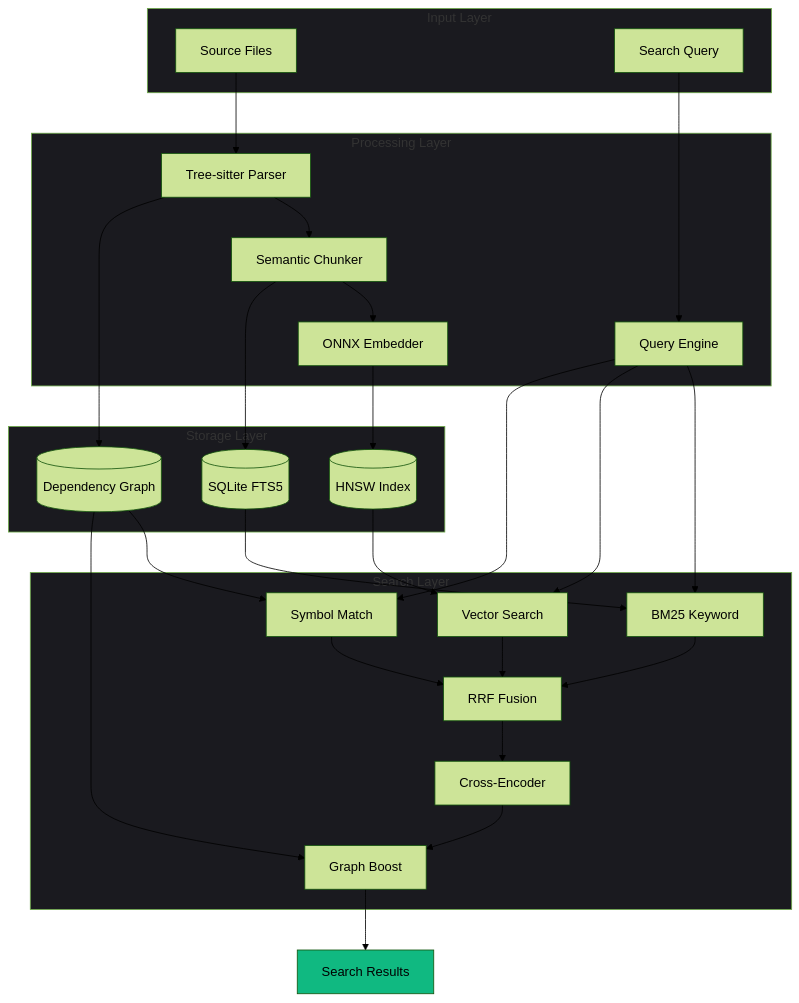
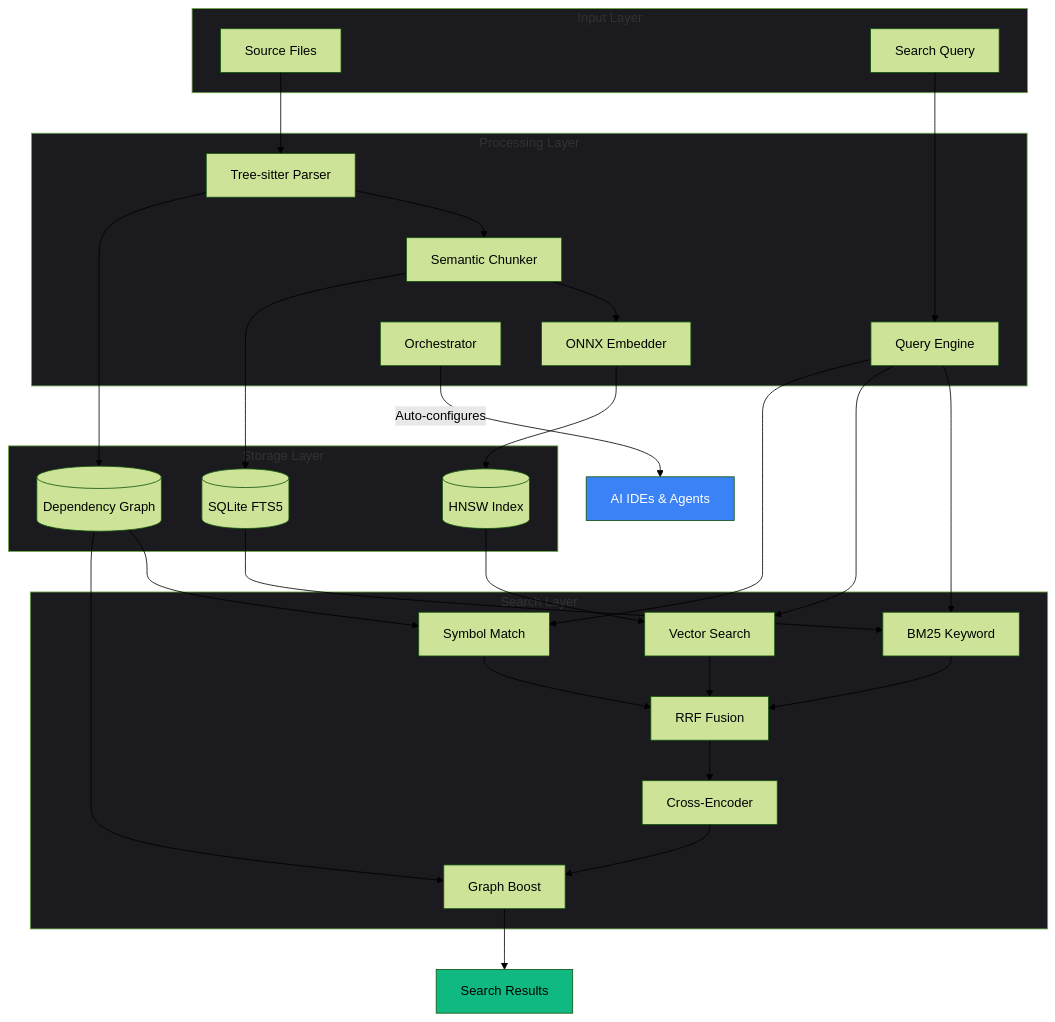
The first of 13 diagrams in website/docs/architecture.md (steeltroops-ai/omnicontext), drawn with Mermaid (forest theme) before and after one commit. The commit also changed other lines of this file and 71 other files, not shown here.

````diff
--- a/website/docs/architecture.md
+++ b/website/docs/architecture.md
@@ -16,60 +18,64 @@
 ```mermaid
 graph TB
     subgraph Input["Input Layer"]
         Files[Source Files]
         Query[Search Query]
     end
-    
+
     subgraph Processing["Processing Layer"]
         Parser[Tree-sitter Parser]
         Chunker[Semantic Chunker]
         Embedder[ONNX Embedder]
         QE[Query Engine]
+        Orch[Orchestrator]
     end
-    
+
     subgraph Storage["Storage Layer"]
         SQLite[(SQLite FTS5)]
         HNSW[(HNSW Index)]
         Graph[(Dependency Graph)]
     end
-    
+
     subgraph Search["Search Layer"]
         BM25[BM25 Keyword]
         Vector[Vector Search]
         Symbol[Symbol Match]
         RRF[RRF Fusion]
         Rerank[Cross-Encoder]
         GraphBoost[Graph Boost]
     end
-    
+
     Files --> Parser
     Parser --> Chunker
     Chunker --> Embedder
     Embedder --> HNSW
     Chunker --> SQLite
     Parser --> Graph
-    
+
     Query --> QE
     QE --> BM25
     QE --> Vector
     QE --> Symbol
-    
+
     SQLite --> BM25
     HNSW --> Vector
     Graph --> Symbol
-    
+
     BM25 --> RRF
     Vector --> RRF
     Symbol --> RRF
-    
+
     RRF --> Rerank
     Rerank --> GraphBoost
     Graph --> GraphBoost
     GraphBoost --> Results[Search Results]
-    
+
+    Orch -->|Auto-configures| IDE[AI IDEs & Agents]
+
     style Input fill:#1a1a1f
     style Processing fill:#1a1a1f
     style Storage fill:#1a1a1f
     style Search fill:#1a1a1f
     style Results fill:#10b981,color:#000
+    style IDE fill:#3b82f6,color:#fff
 ```
````
